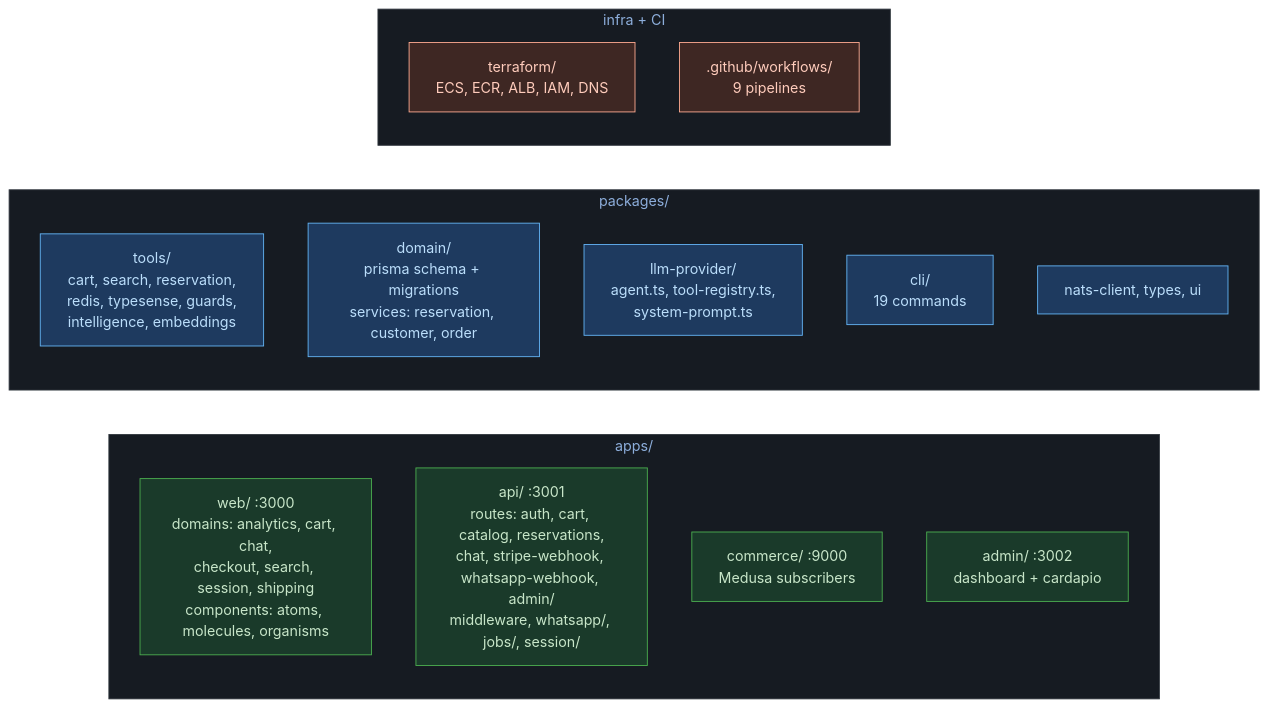
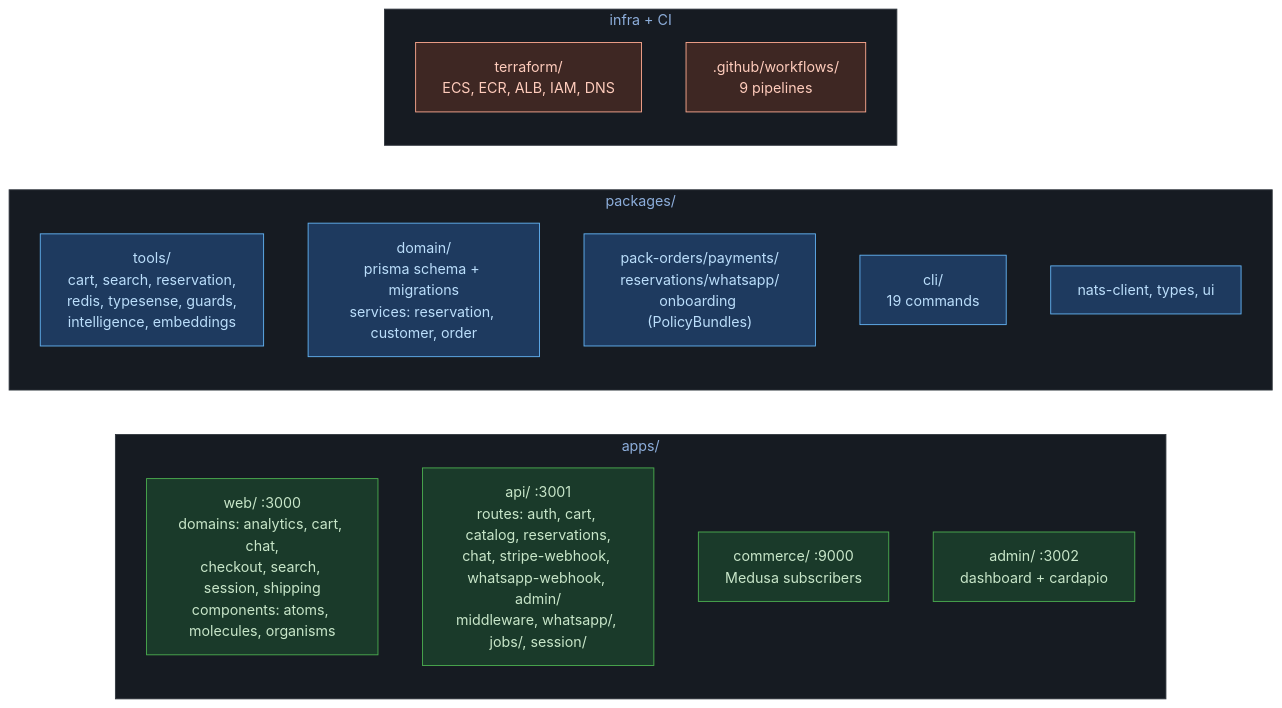
Before and after one commit to BrunoRodolpho/ibatexas: the second of 5 diagrams in docs/architecture/README.md, drawn with Mermaid. The commit also changed other lines of this file and 13 other files, not shown here.

````diff
--- a/docs/architecture/README.md
+++ b/docs/architecture/README.md
@@ -105,38 +103,38 @@
 ```mermaid
 %%{init: {'theme': 'base', 'themeVariables': {'primaryColor': '#1e3a5f', 'primaryTextColor': '#e0e0e0', 'primaryBorderColor': '#4a90d9', 'lineColor': '#6ba3d6', 'background': '#0d1117', 'mainBkg': '#161b22', 'clusterBkg': '#161b22', 'clusterBorder': '#30363d'}}}%%
 graph LR
   subgraph apps["apps/"]
     direction TB
     WEB["web/ :3000<br/>domains: analytics, cart, chat,<br/>checkout, search, session, shipping<br/>components: atoms, molecules, organisms"]
     API_APP["api/ :3001<br/>routes: auth, cart, catalog, reservations,<br/>chat, stripe-webhook, whatsapp-webhook, admin/<br/>middleware, whatsapp/, jobs/, session/"]
     COMMERCE["commerce/ :9000<br/>Medusa subscribers"]
     ADMIN_APP["admin/ :3002<br/>dashboard + cardapio"]
   end
 
   subgraph packages["packages/"]
     direction TB
     TOOLS["tools/<br/>cart, search, reservation,<br/>redis, typesense, guards,<br/>intelligence, embeddings"]
     DOMAIN["domain/<br/>prisma schema + migrations<br/>services: reservation, customer, order"]
-    LLM["llm-provider/<br/>agent.ts, tool-registry.ts,<br/>system-prompt.ts"]
+    PACKS["pack-orders/payments/<br/>reservations/whatsapp/<br/>onboarding (PolicyBundles)"]
     CLI_PKG["cli/<br/>19 commands"]
     OTHER["nats-client, types, ui"]
   end
 
   subgraph infra["infra + CI"]
     direction TB
     TF["terraform/<br/>ECS, ECR, ALB, IAM, DNS"]
     GH[".github/workflows/<br/>9 pipelines"]
   end
 
   style WEB fill:#1a3a2a,stroke:#4caf50,color:#c8e6c9
   style API_APP fill:#1a3a2a,stroke:#4caf50,color:#c8e6c9
   style COMMERCE fill:#1a3a2a,stroke:#4caf50,color:#c8e6c9
   style ADMIN_APP fill:#1a3a2a,stroke:#4caf50,color:#c8e6c9
   style TOOLS fill:#1e3a5f,stroke:#64b5f6,color:#bbdefb
   style DOMAIN fill:#1e3a5f,stroke:#64b5f6,color:#bbdefb
-  style LLM fill:#1e3a5f,stroke:#64b5f6,color:#bbdefb
+  style PACKS fill:#1e3a5f,stroke:#64b5f6,color:#bbdefb
   style CLI_PKG fill:#1e3a5f,stroke:#64b5f6,color:#bbdefb
   style OTHER fill:#1e3a5f,stroke:#64b5f6,color:#bbdefb
   style TF fill:#3e2723,stroke:#ffab91,color:#ffccbc
   style GH fill:#3e2723,stroke:#ffab91,color:#ffccbc
 ```
````
